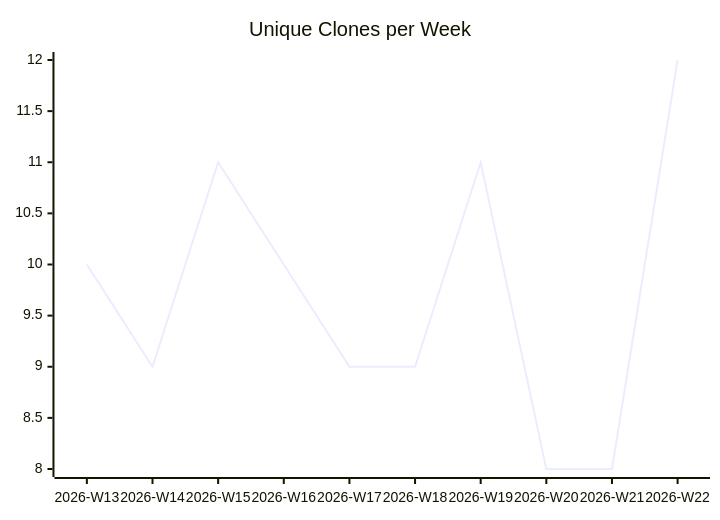
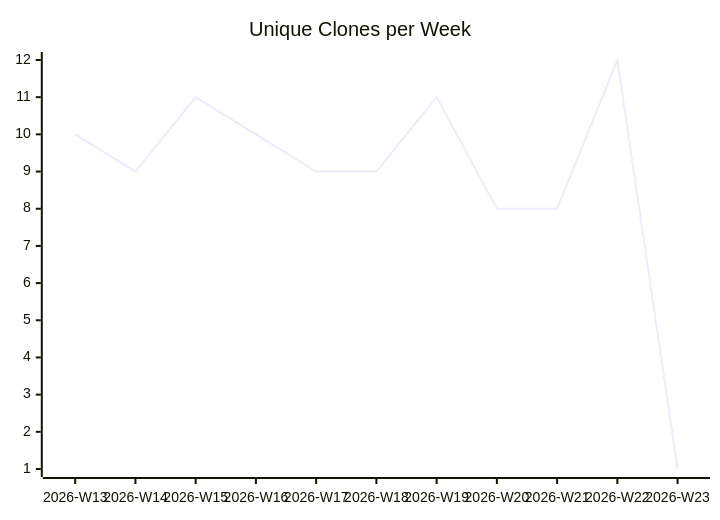
Before and after one commit to justdavis-family/github-analytics-data: the third of 3 diagrams in karlmdavis/usgs-water-api-java/README.md, drawn with Mermaid. The commit also changed other lines of this file and 186 other files, not shown here.

````diff
--- a/karlmdavis/usgs-water-api-java/README.md
+++ b/karlmdavis/usgs-water-api-java/README.md
@@ -19,6 +19,6 @@
 ```mermaid
 xychart-beta
   title "Unique Clones per Week"
-  x-axis ["2026-W13", "2026-W14", "2026-W15", "2026-W16", "2026-W17", "2026-W18", "2026-W19", "2026-W20", "2026-W21", "2026-W22"]
-  line [10, 9, 11, 10, 9, 9, 11, 8, 8, 12]
+  x-axis ["2026-W13", "2026-W14", "2026-W15", "2026-W16", "2026-W17", "2026-W18", "2026-W19", "2026-W20", "2026-W21", "2026-W22", "2026-W23"]
+  line [10, 9, 11, 10, 9, 9, 11, 8, 8, 12, 1]
 ```
````
